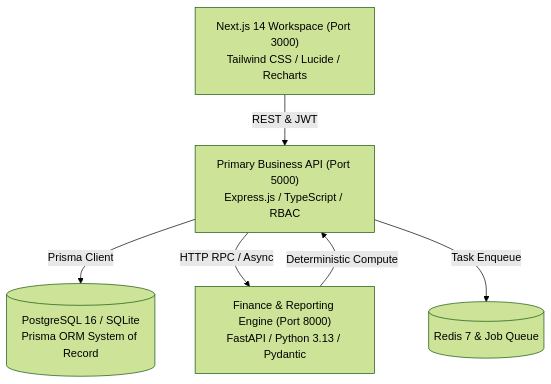
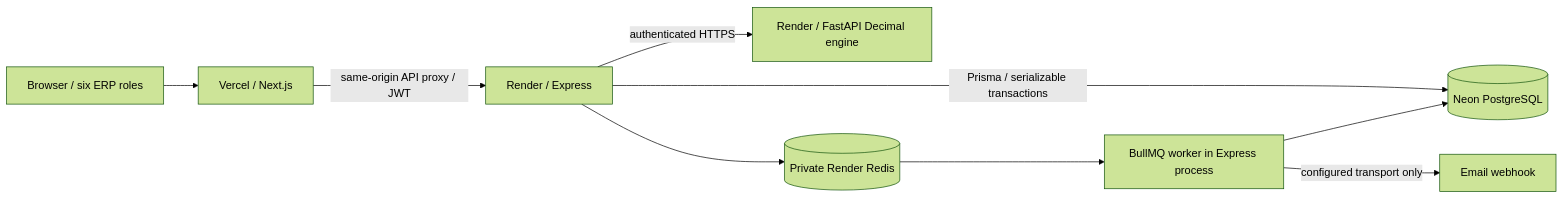
The first of 2 diagrams in docs/ARCHITECTURE.md (nitinsharma2005900-ai/EnterpriseX-ERP), drawn with Mermaid (forest theme) before and after one commit. The commit also changed other lines of this file and 14 other files, not shown here.

````diff
--- a/docs/ARCHITECTURE.md
+++ b/docs/ARCHITECTURE.md
@@ -5,14 +3,11 @@
 ```mermaid
-graph TD
-    Client["Next.js 14 Workspace (Port 3000)<br/>Tailwind CSS / Lucide / Recharts"]
-    API["Primary Business API (Port 5000)<br/>Express.js / TypeScript / RBAC"]
-    DB[("PostgreSQL 16 / SQLite<br/>Prisma ORM System of Record")]
-    Python["Finance & Reporting Engine (Port 8000)<br/>FastAPI / Python 3.13 / Pydantic"]
-    Queue[("Redis 7 & Job Queue")]
-
-    Client -->|REST & JWT| API
-    API -->|Prisma Client| DB
-    API -->|HTTP RPC / Async| Python
-    API -->|Task Enqueue| Queue
-    Python -->|Deterministic Compute| API
+flowchart LR
+  Browser[Browser / six ERP roles] --> Web[Vercel / Next.js]
+  Web -->|same-origin API proxy / JWT| API[Render / Express]
+  API -->|Prisma / serializable transactions| DB[(Neon PostgreSQL)]
+  API -->|authenticated HTTPS| Finance[Render / FastAPI Decimal engine]
+  API --> Queue[(Private Render Redis)]
+  Queue --> Worker[BullMQ worker in Express process]
+  Worker --> DB
+  Worker -->|configured transport only| Email[Email webhook]
 ```
````
